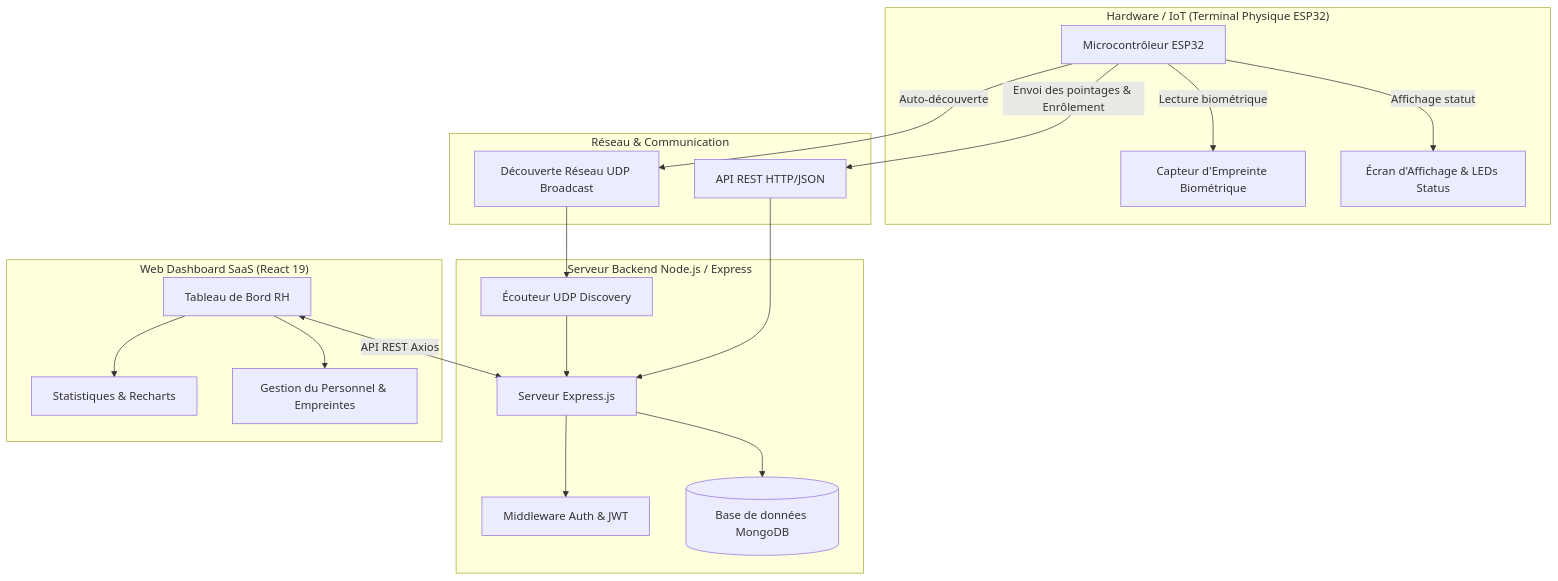
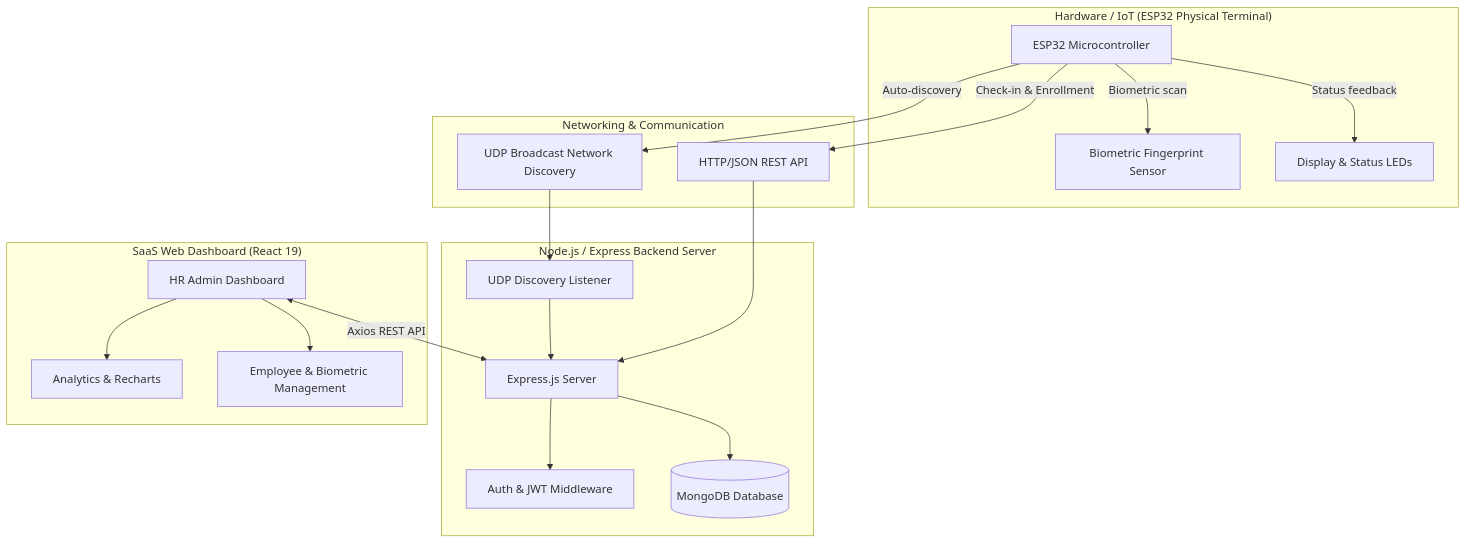
Before and after one commit to Mr-Dhia/Attendance-System: the first of 2 diagrams in README.md, drawn with Mermaid. The commit also changed other lines of this file and 1 other file, not shown here.

````diff
--- a/README.md
+++ b/README.md
@@ -27,39 +27,39 @@
 ```mermaid
 graph TD
-    subgraph Hardware ["Hardware / IoT (Terminal Physique ESP32)"]
-        ESP[Microcontrôleur ESP32]
-        FP[Capteur d'Empreinte Biométrique]
-        OLED[Écran d'Affichage & LEDs Status]
-        ESP -->|Lecture biométrique| FP
-        ESP -->|Affichage statut| OLED
+    subgraph Hardware ["Hardware / IoT (ESP32 Physical Terminal)"]
+        ESP[ESP32 Microcontroller]
+        FP[Biometric Fingerprint Sensor]
+        OLED[Display & Status LEDs]
+        ESP -->|Biometric scan| FP
+        ESP -->|Status feedback| OLED
     end
 
-    subgraph Network ["Réseau & Communication"]
-        UDP[Découverte Réseau UDP Broadcast]
-        HTTP[API REST HTTP/JSON]
+    subgraph Network ["Networking & Communication"]
+        UDP[UDP Broadcast Network Discovery]
+        HTTP[HTTP/JSON REST API]
     end
 
-    subgraph Backend ["Serveur Backend Node.js / Express"]
-        SERVER[Serveur Express.js]
-        UDP_LISTEN[Écouteur UDP Discovery]
-        AUTH[Middleware Auth & JWT]
-        DB[(Base de données MongoDB)]
+    subgraph Backend ["Node.js / Express Backend Server"]
+        SERVER[Express.js Server]
+        UDP_LISTEN[UDP Discovery Listener]
+        AUTH[Auth & JWT Middleware]
+        DB[(MongoDB Database)]
         SERVER --> AUTH
         SERVER --> DB
         UDP_LISTEN --> SERVER
     end
 
-    subgraph Frontend ["Web Dashboard SaaS (React 19)"]
-        DASH[Tableau de Bord RH]
-        STATS[Statistiques & Recharts]
-        EMP[Gestion du Personnel & Empreintes]
+    subgraph Frontend ["SaaS Web Dashboard (React 19)"]
+        DASH[HR Admin Dashboard]
+        STATS[Analytics & Recharts]
+        EMP[Employee & Biometric Management]
         DASH --> STATS
         DASH --> EMP
     end
 
-    ESP -->|Auto-découverte| UDP
+    ESP -->|Auto-discovery| UDP
     UDP --> UDP_LISTEN
-    ESP -->|Envoi des pointages & Enrôlement| HTTP
+    ESP -->|Check-in & Enrollment| HTTP
     HTTP --> SERVER
-    DASH <-->|API REST Axios| SERVER
+    DASH <-->|Axios REST API| SERVER
 ```
````
